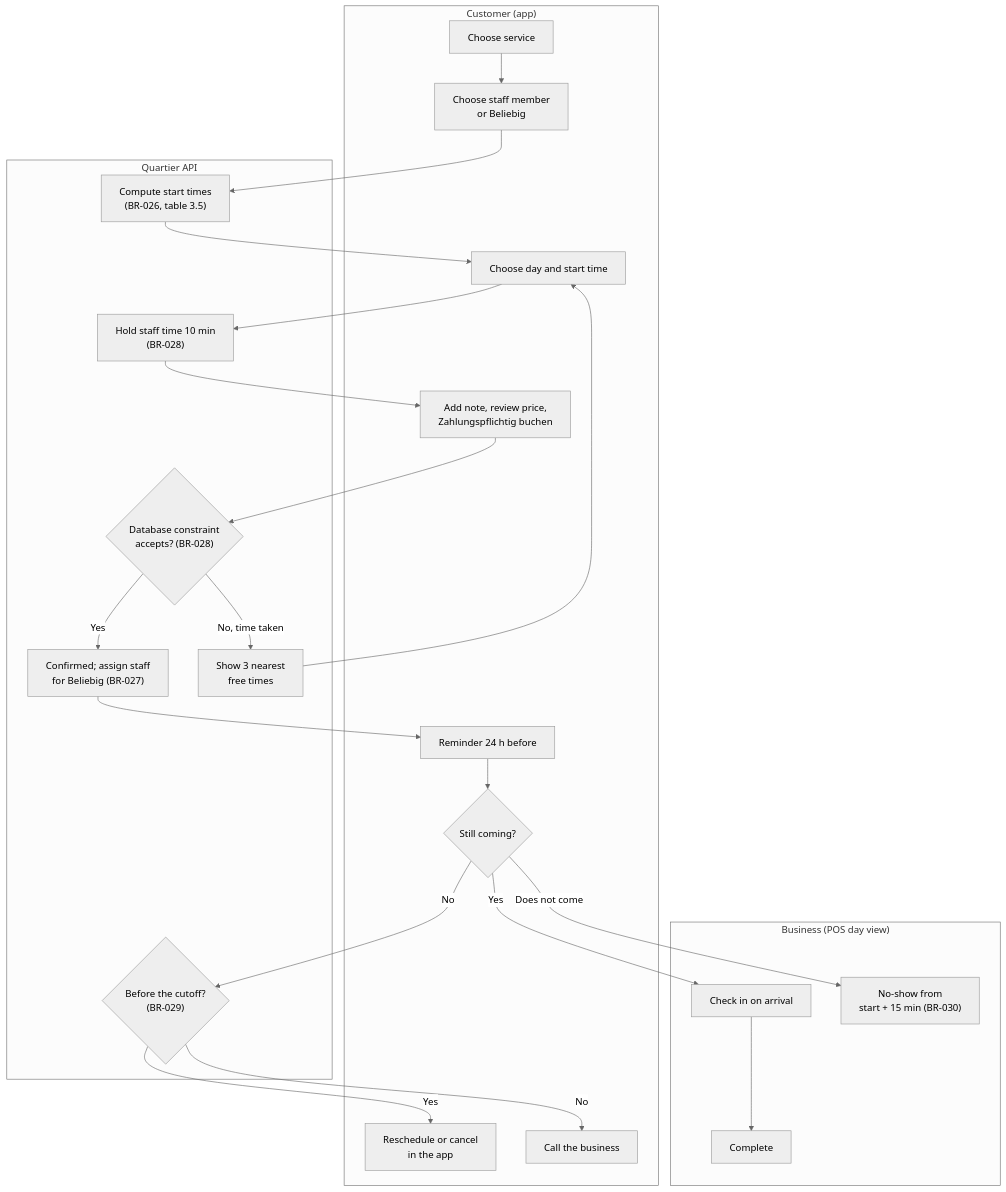
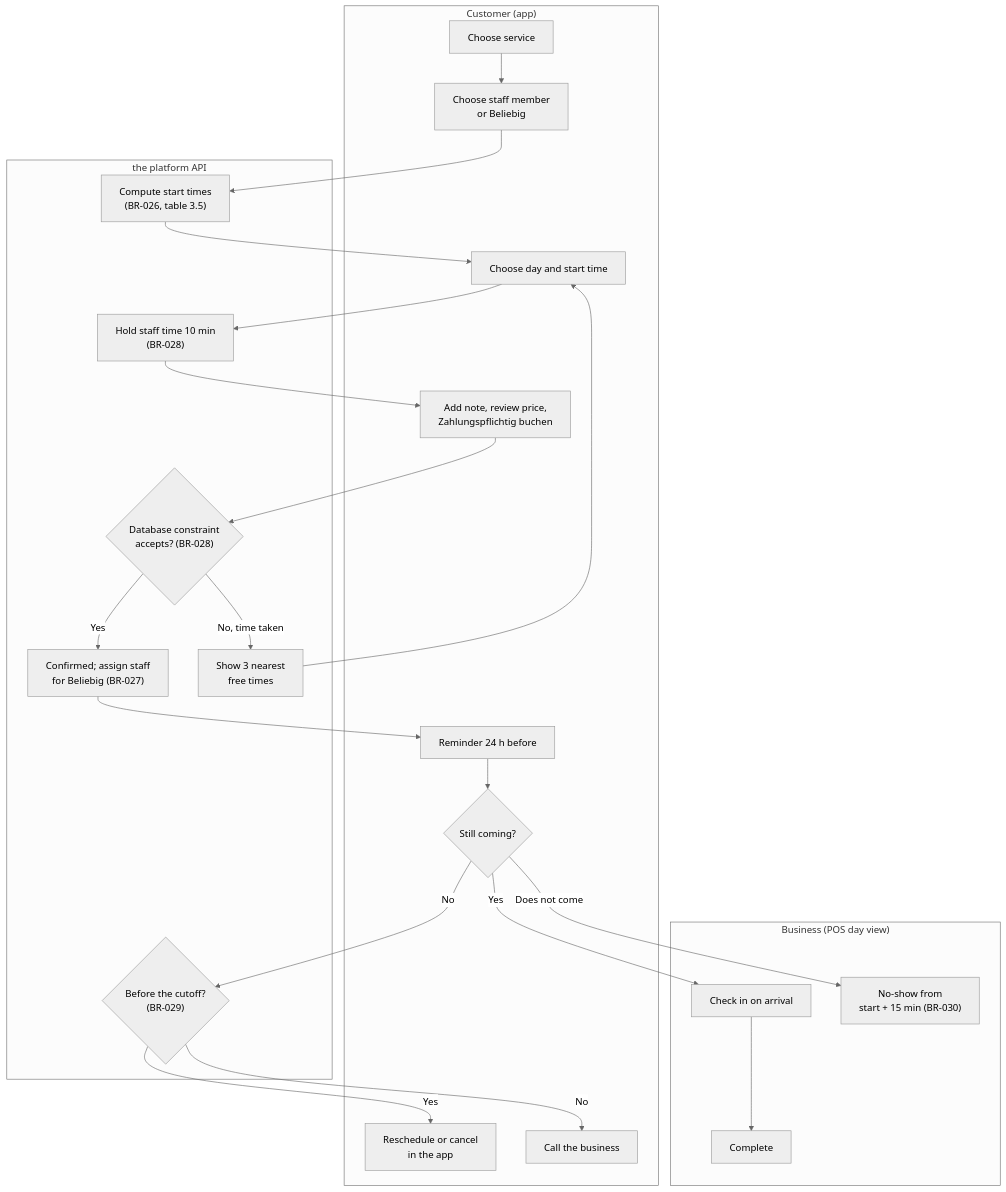
One commit to ayushsingh0456/local-commerce-booking-platform changed the second of 5 diagrams in 03-design/diagrams/process-flows.md. Above: the diagram before and after it, drawn with Mermaid (neutral theme). The commit also changed other lines of this file and 46 other files, not shown here.

````diff
--- a/03-design/diagrams/process-flows.md
+++ b/03-design/diagrams/process-flows.md
@@ -70,34 +70,34 @@
 ```mermaid
 flowchart TB
   subgraph CUS["Customer (app)"]
     A1["Choose service"]
     A2["Choose staff member<br/>or Beliebig"]
     A3["Choose day and start time"]
     A4["Add note, review price,<br/>Zahlungspflichtig buchen"]
     A5["Reminder 24 h before"]
     A6{"Still coming?"}
     A7["Reschedule or cancel<br/>in the app"]
     A8["Call the business"]
   end
-  subgraph SYS["Quartier API"]
+  subgraph SYS["the platform API"]
     P1["Compute start times<br/>(BR-026, table 3.5)"]
     P2["Hold staff time 10 min<br/>(BR-028)"]
     P3{"Database constraint<br/>accepts? (BR-028)"}
     P4["Confirmed; assign staff<br/>for Beliebig (BR-027)"]
     P5["Show 3 nearest<br/>free times"]
     P6{"Before the cutoff?<br/>(BR-029)"}
   end
   subgraph BIZ["Business (POS day view)"]
     D1["Check in on arrival"]
     D2["Complete"]
     D3["No-show from<br/>start + 15 min (BR-030)"]
   end
   A1 --> A2 --> P1 --> A3 --> P2 --> A4 --> P3
   P3 -->|"Yes"| P4 --> A5 --> A6
   P3 -->|"No, time taken"| P5 --> A3
   A6 -->|"Yes"| D1 --> D2
   A6 -->|"No"| P6
   P6 -->|"Yes"| A7
   P6 -->|"No"| A8
   A6 -->|"Does not come"| D3
 ```
````
